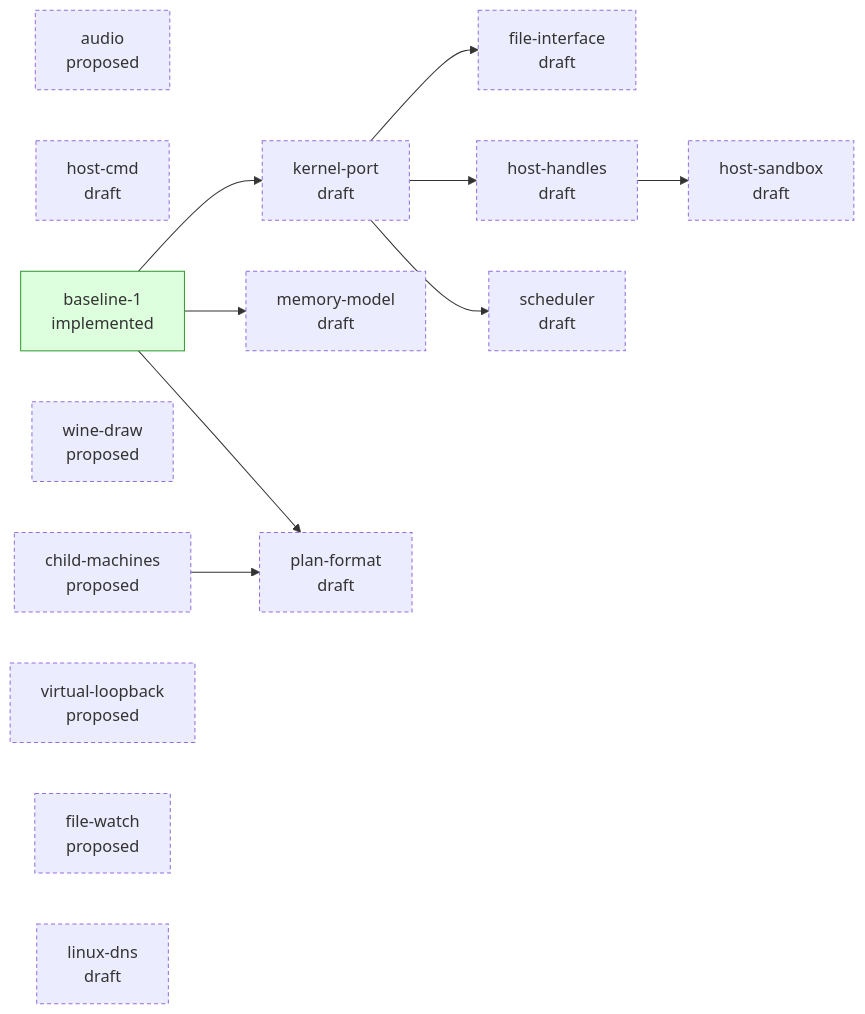
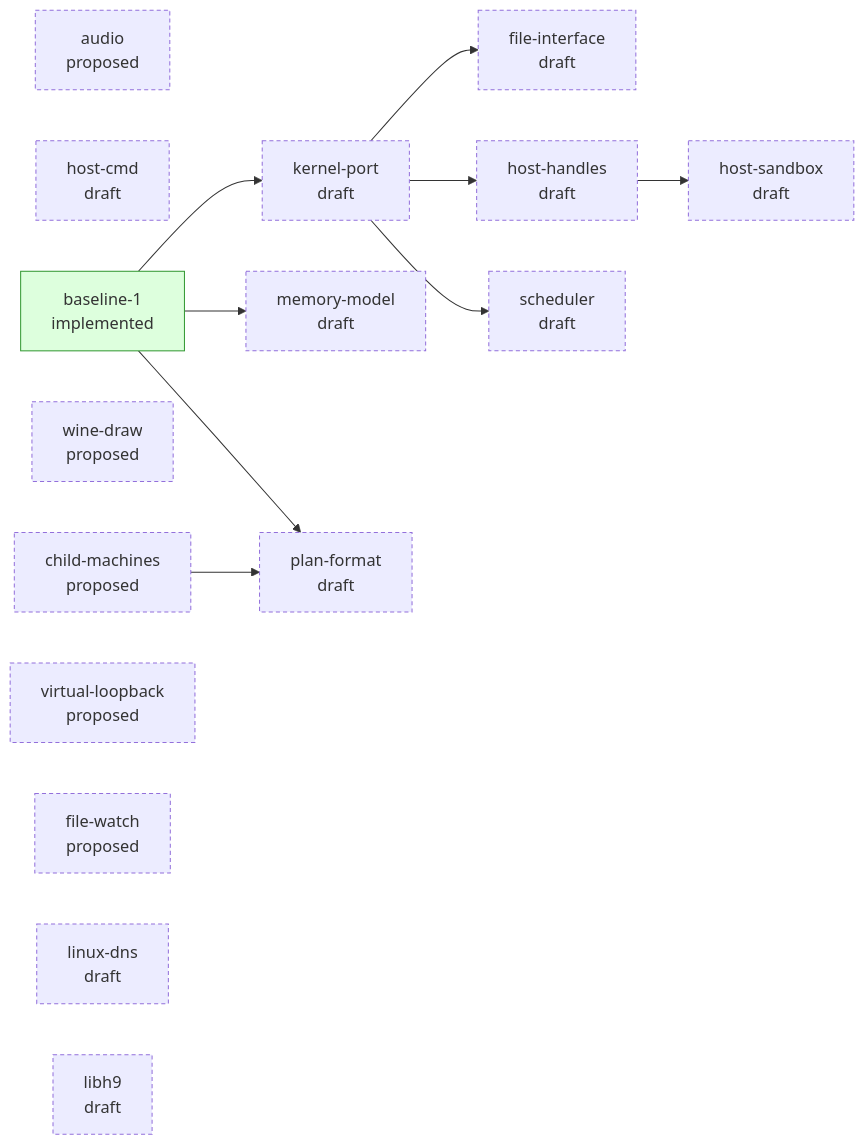
Before and after one commit to progrium/hyper9: the diagram in design/STATUS.md, drawn with Mermaid. The commit also changed other lines of this file, not shown here.

Commit message:
design: regenerate STATUS.md

````diff
--- a/design/STATUS.md
+++ b/design/STATUS.md
@@ -25,30 +26,31 @@
 ```mermaid
 flowchart LR
   classDef draft stroke-dasharray: 4 3
   classDef accepted stroke-width: 2px
   classDef implemented fill:#dfd,stroke:#393
   classDef closed fill:#eee,stroke:#999,color:#777
   p_host_sandbox["host-sandbox<br/>draft"]:::draft
   p_audio["audio<br/>proposed"]:::draft
   p_host_cmd["host-cmd<br/>draft"]:::draft
   p_child_machines["child-machines<br/>proposed"]:::draft
   p_wine_draw["wine-draw<br/>proposed"]:::draft
   p_baseline_1["baseline-1<br/>implemented"]:::implemented
   p_file_interface["file-interface<br/>draft"]:::draft
   p_host_handles["host-handles<br/>draft"]:::draft
   p_kernel_port["kernel-port<br/>draft"]:::draft
   p_memory_model["memory-model<br/>draft"]:::draft
   p_plan_format["plan-format<br/>draft"]:::draft
   p_scheduler["scheduler<br/>draft"]:::draft
   p_virtual_loopback["virtual-loopback<br/>proposed"]:::draft
   p_file_watch["file-watch<br/>proposed"]:::draft
   p_linux_dns["linux-dns<br/>draft"]:::draft
+  p_libh9["libh9<br/>draft"]:::draft
   p_host_handles --> p_host_sandbox
   p_kernel_port --> p_file_interface
   p_kernel_port --> p_host_handles
   p_baseline_1 --> p_kernel_port
   p_baseline_1 --> p_memory_model
   p_baseline_1 --> p_plan_format
   p_child_machines --> p_plan_format
   p_kernel_port --> p_scheduler
 ```
````
